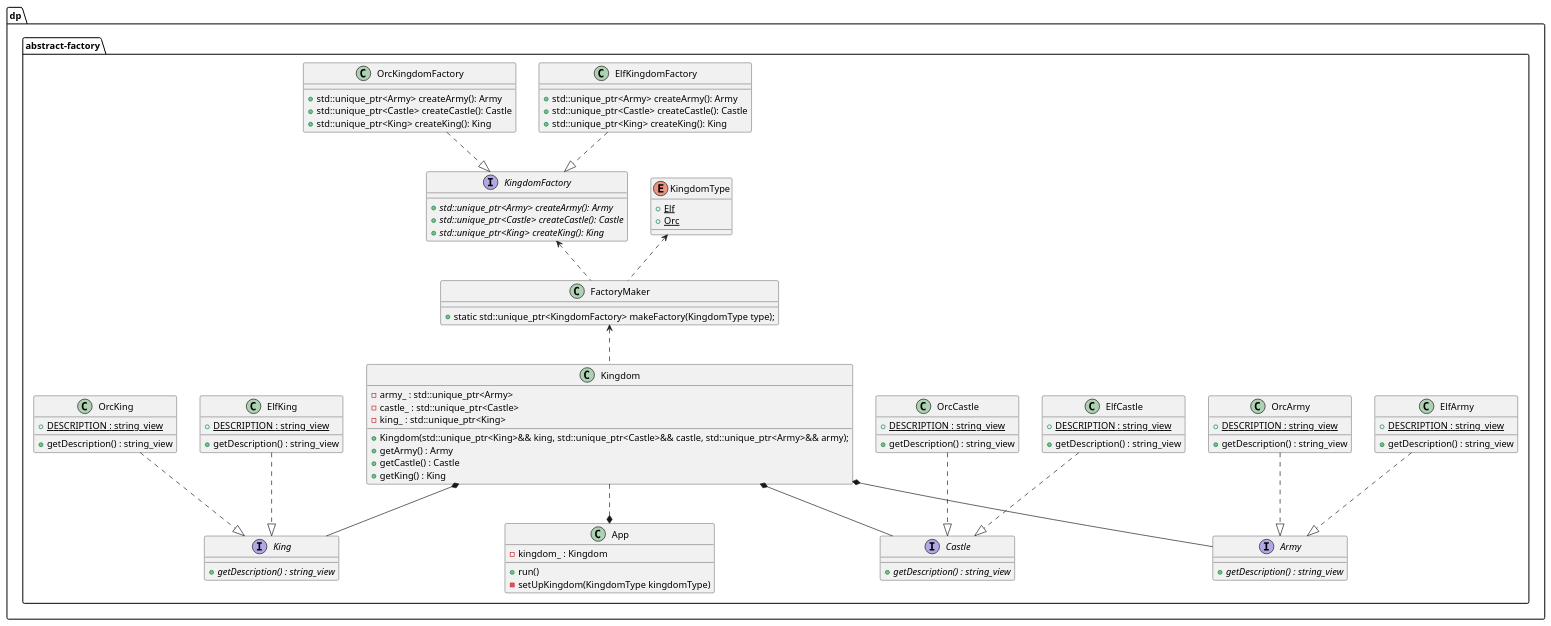
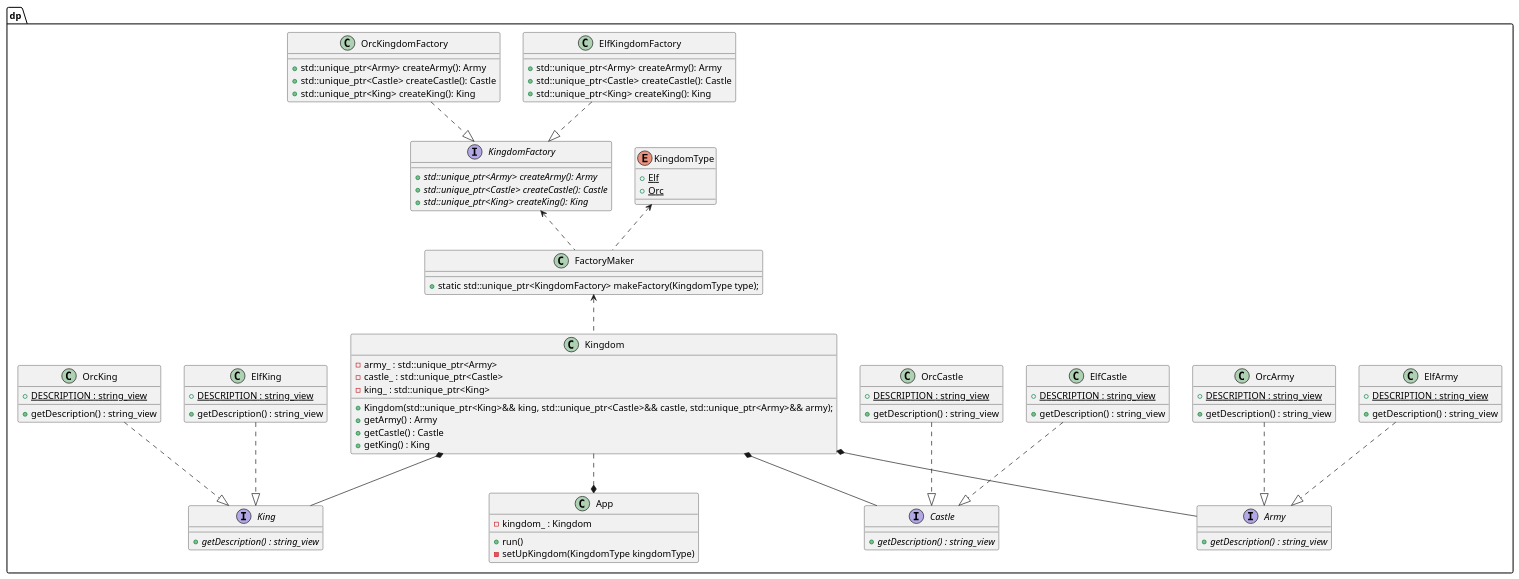
One commit to mmpaszkowski/cpp-design-patterns changed the diagram in abstract-factory/etc/abstract-factory.puml. Above: the diagram before and after it, drawn with PlantUML. The commit also changed 21 other files, not shown here.

```diff
--- a/abstract-factory/etc/abstract-factory.puml
+++ b/abstract-factory/etc/abstract-factory.puml
@@ -1,105 +1,105 @@
 @startuml
-package dp.abstract-factory {
+namespace dp {
   class App {
     - kingdom_ : Kingdom
 
     + run()
     - setUpKingdom(KingdomType kingdomType)
   }
 
   class FactoryMaker {
     + static std::unique_ptr<KingdomFactory> makeFactory(KingdomType type);
   }
 
   class Kingdom {
     - army_ : std::unique_ptr<Army>
     - castle_ : std::unique_ptr<Castle>
     - king_ : std::unique_ptr<King>
 
     + Kingdom(std::unique_ptr<King>&& king, std::unique_ptr<Castle>&& castle, std::unique_ptr<Army>&& army);
     + getArmy() : Army
     + getCastle() : Castle
     + getKing() : King
   }
 
   enum KingdomType {
     + Elf {static}
     + Orc {static}
   }
 
   interface Army {
     + getDescription() : string_view {abstract}
   }
 
   interface Castle {
     + getDescription() : string_view {abstract}
   }
 
   class ElfArmy {
     + DESCRIPTION : string_view {static}
     + getDescription() : string_view
   }
 
   class ElfCastle {
     + DESCRIPTION : string_view {static}
     + getDescription() : string_view
   }
 
   class ElfKing {
     + DESCRIPTION : string_view {static}
     + getDescription() : string_view
   }
 
   class ElfKingdomFactory {
     + std::unique_ptr<Army> createArmy(): Army
     + std::unique_ptr<Castle> createCastle(): Castle
     + std::unique_ptr<King> createKing(): King
   }
 
   interface King {
     + getDescription() : string_view {abstract}
   }
 
   interface KingdomFactory {
     + std::unique_ptr<Army> createArmy(): Army {abstract}
     + std::unique_ptr<Castle> createCastle(): Castle {abstract}
     + std::unique_ptr<King> createKing(): King {abstract}
   }
 
   class OrcArmy {
     + DESCRIPTION : string_view {static}
     + getDescription() : string_view
   }
 
   class OrcCastle {
     + DESCRIPTION : string_view {static}
     + getDescription() : string_view
   }
 
   class OrcKing {
     + DESCRIPTION : string_view {static}
     + getDescription() : string_view
   }
   class OrcKingdomFactory {
     + std::unique_ptr<Army> createArmy(): Army
     + std::unique_ptr<Castle> createCastle(): Castle
     + std::unique_ptr<King> createKing(): King
   }
 }
 
 KingdomType <.. FactoryMaker
 Kingdom *-- Castle
 FactoryMaker <.. Kingdom
 KingdomFactory <.. FactoryMaker
 Kingdom ..* App
 Kingdom *-- King
 Kingdom *-- Army
 ElfArmy ..|> Army
 ElfCastle ..|> Castle
 ElfKing ..|> King
 ElfKingdomFactory ..|> KingdomFactory
 OrcArmy ..|> Army
 OrcCastle ..|> Castle
 OrcKing ..|> King
 OrcKingdomFactory ..|> KingdomFactory
 @enduml
```
